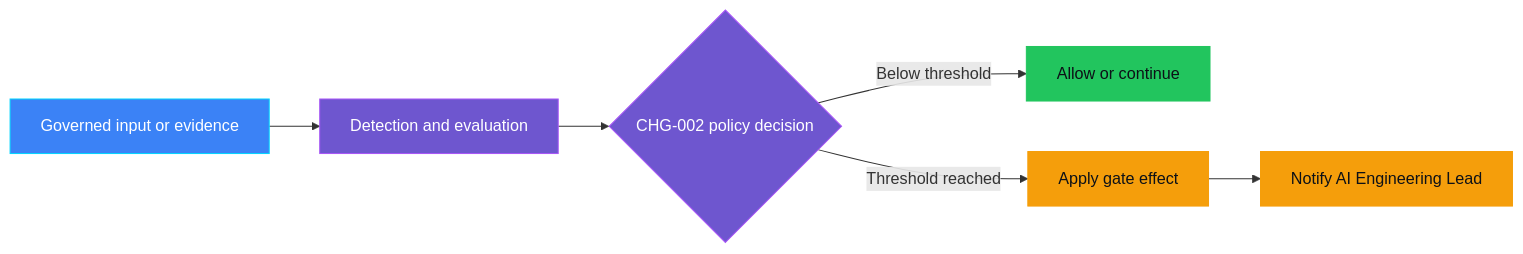
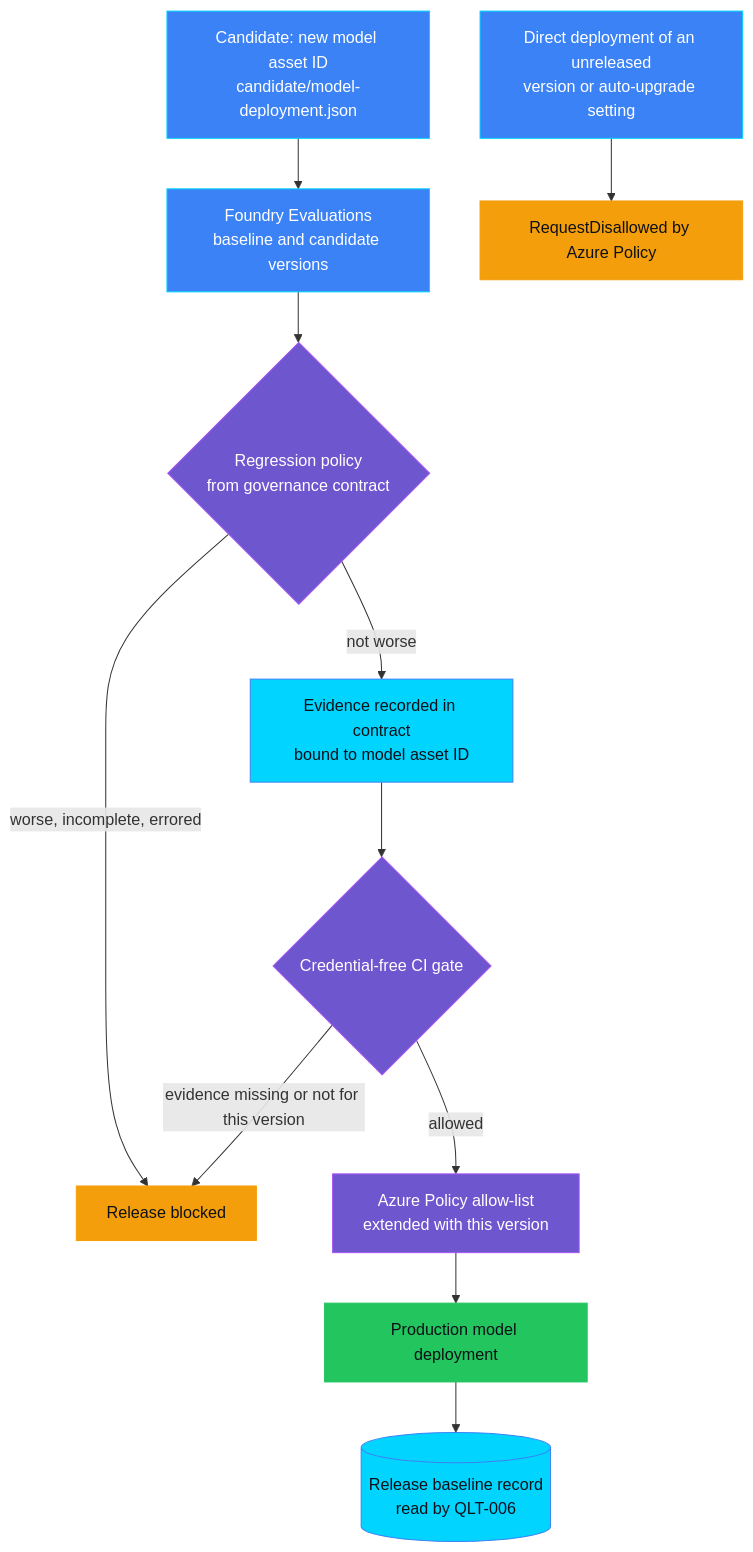
The first of 2 diagrams in controls/change_release_and_evaluation/CHG-002_model_version_changed_without_regression_test/README.md (doruit/forged-with-foundry), drawn with Mermaid before and after one commit. The commit also changed other lines of this file and 8 other files, not shown here.

Commit message:
docs(CHG-002, QLT-006): READMEs, CI gate workflow and deployment profile

````diff
--- a/controls/change_release_and_evaluation/CHG-002_model_version_changed_without_regression_test/README.md
+++ b/controls/change_release_and_evaluation/CHG-002_model_version_changed_without_regression_test/README.md
@@ -56,17 +137,24 @@
 ```mermaid
-flowchart LR
-    I[Governed input or evidence] --> D[Detection and evaluation]
-    D --> P{CHG-002 policy decision}
-    P -->|Below threshold| A[Allow or continue]
-    P -->|Threshold reached| E[Apply gate effect]
-    E --> O[Notify AI Engineering Lead]
+flowchart TB
+    C[Candidate: new model asset ID<br/>candidate/model-deployment.json] --> E[Foundry Evaluations<br/>baseline and candidate versions]
+    E --> P{Regression policy<br/>from governance contract}
+    P -->|not worse| R[Evidence recorded in contract<br/>bound to model asset ID]
+    P -->|worse, incomplete, errored| B[Release blocked]
+    R --> G{Credential-free CI gate}
+    G -->|evidence missing or not for this version| B
+    G -->|allowed| A[Azure Policy allow-list<br/>extended with this version]
+    A --> D[Production model deployment]
+    X[Direct deployment of an unreleased<br/>version or auto-upgrade setting] --> Y[RequestDisallowed by Azure Policy]
+    D --> L[(Release baseline record<br/>read by QLT-006)]
 
     classDef governance fill:#6E56CF,stroke:#A855F7,color:#FFFFFF
     classDef platform fill:#3B82F6,stroke:#00D4FF,color:#FFFFFF
     classDef success fill:#22C55E,stroke:#22C55E,color:#0D1117
     classDef attention fill:#F59E0B,stroke:#F59E0B,color:#0D1117
-    class D,P governance
-    class I platform
-    class A success
-    class E,O attention
+    classDef evidence fill:#00D4FF,stroke:#3B82F6,color:#0D1117
+    class P,G,A governance
+    class C,E,X platform
+    class D success
+    class B,Y attention
+    class R,L evidence
 ```
````
